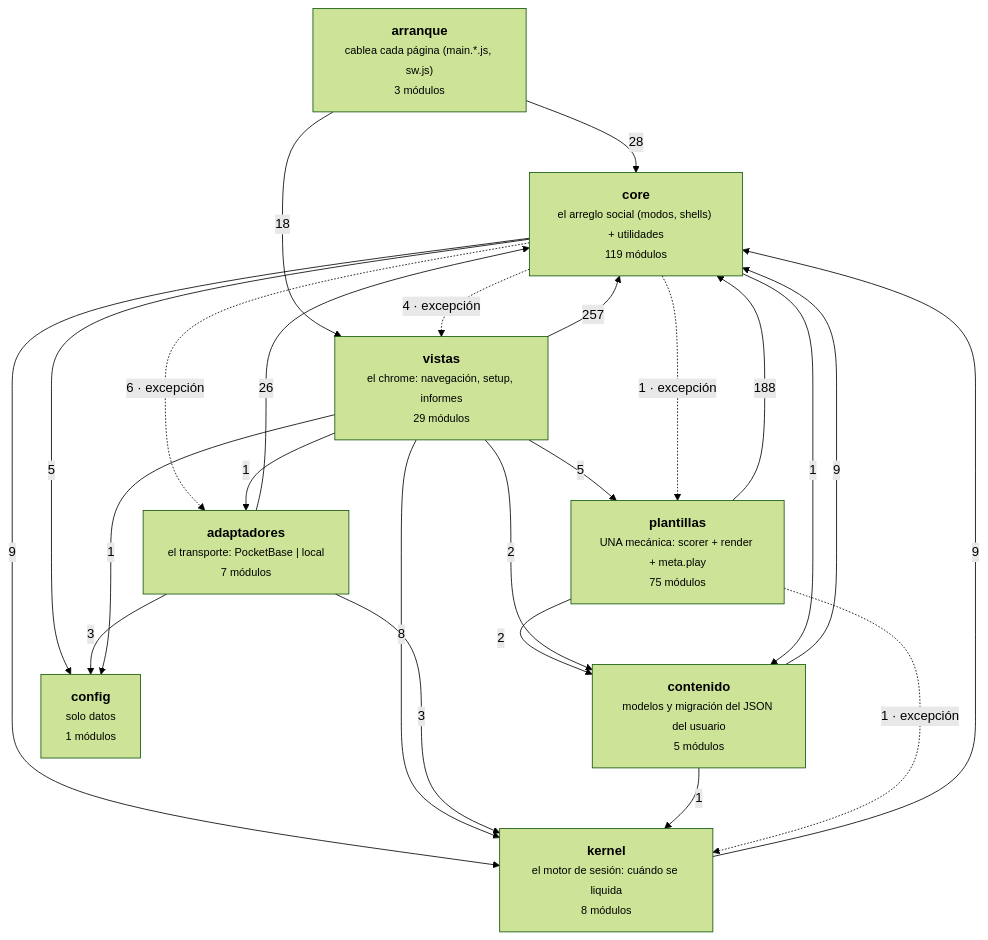
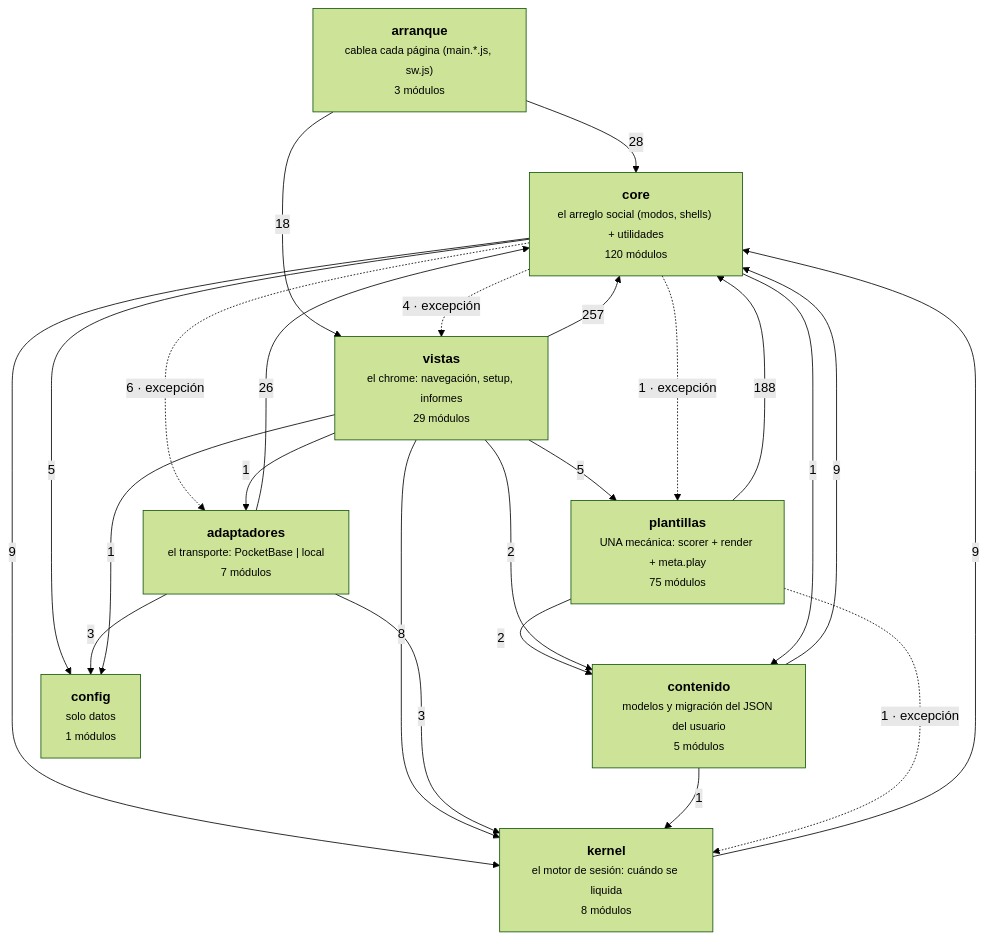
The diagram in docs/arquitectura-modulos.md (duecaz/ac), drawn with Mermaid (forest theme) before and after one commit. The commit also changed other lines of this file and 11 other files, not shown here.

````diff
--- a/docs/arquitectura-modulos.md
+++ b/docs/arquitectura-modulos.md
@@ -49,34 +49,34 @@
 ```mermaid
 graph TD
   A["<b>arranque</b><br/><small>cablea cada página (main.*.js, sw.js)</small><br/><small>3 módulos</small>"]
   V["<b>vistas</b><br/><small>el chrome: navegación, setup, informes</small><br/><small>29 módulos</small>"]
   AD["<b>adaptadores</b><br/><small>el transporte: PocketBase | local</small><br/><small>7 módulos</small>"]
-  C["<b>core</b><br/><small>el arreglo social (modos, shells) + utilidades</small><br/><small>119 módulos</small>"]
+  C["<b>core</b><br/><small>el arreglo social (modos, shells) + utilidades</small><br/><small>120 módulos</small>"]
   K["<b>kernel</b><br/><small>el motor de sesión: cuándo se liquida</small><br/><small>8 módulos</small>"]
   T["<b>plantillas</b><br/><small>UNA mecánica: scorer + render + meta.play</small><br/><small>75 módulos</small>"]
   CO["<b>contenido</b><br/><small>modelos y migración del JSON del usuario</small><br/><small>5 módulos</small>"]
   CF["<b>config</b><br/><small>solo datos</small><br/><small>1 módulos</small>"]
   V -->|257| C
   T -->|188| C
   A -->|28| C
   AD -->|26| C
   A -->|18| V
   C -->|9| K
   CO -->|9| C
   K -->|9| C
   V -->|8| K
   C -.->|6 · excepción| AD
   C -->|5| CF
   V -->|5| T
   C -.->|4 · excepción| V
   AD -->|3| CF
   AD -->|3| K
   T -->|2| CO
   V -->|2| CO
   C -.->|1 · excepción| T
   C -->|1| CO
   CO -->|1| K
   T -.->|1 · excepción| K
   V -->|1| AD
   V -->|1| CF
 ```
````
